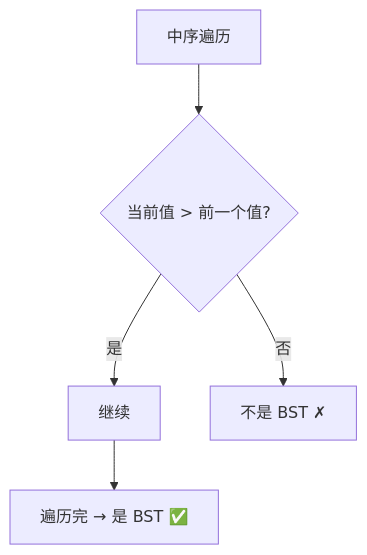
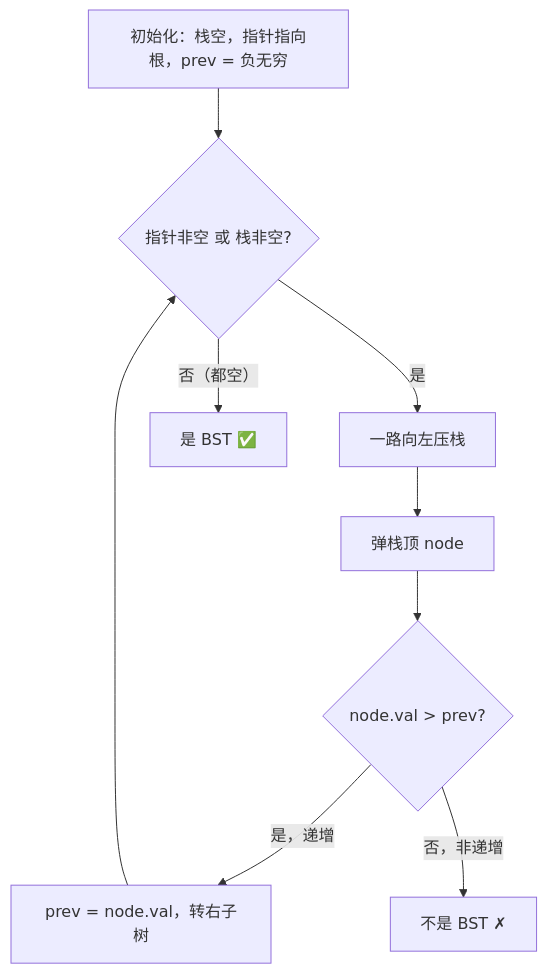
The first of 2 diagrams in 09-二叉树/0098-验证二叉搜索树.md (OctalZero/hot100-py), drawn with Mermaid before and after one commit. The commit also changed other lines of this file and 117 other files, not shown here.

First line of the commit message:
feat: 全题解配图升级为「动画式 mermaid」（总览骨架 + 横向时间线逐步推演）

````diff
--- a/09-二叉树/0098-验证二叉搜索树.md
+++ b/09-二叉树/0098-验证二叉搜索树.md
@@ -24,7 +24,11 @@
 ```mermaid
 flowchart TD
-    A["中序遍历"] --> B{"当前值 > 前一个值?"}
-    B -- "是" --> C["继续"]
-    B -- "否" --> D["不是 BST ✗"]
-    C --> E["遍历完 → 是 BST ✅"]
+    A["初始化：栈空，指针指向根，prev = 负无穷"] --> B{"指针非空 或 栈非空?"}
+    B -->|"是"| C["一路向左压栈"]
+    C --> D["弹栈顶 node"]
+    D --> E{"node.val > prev?"}
+    E -->|"是，递增"| F["prev = node.val，转右子树"]
+    E -->|"否，非递增"| G["不是 BST ✗"]
+    F --> B
+    B -->|"否（都空）"| H["是 BST ✅"]
 ```
````
